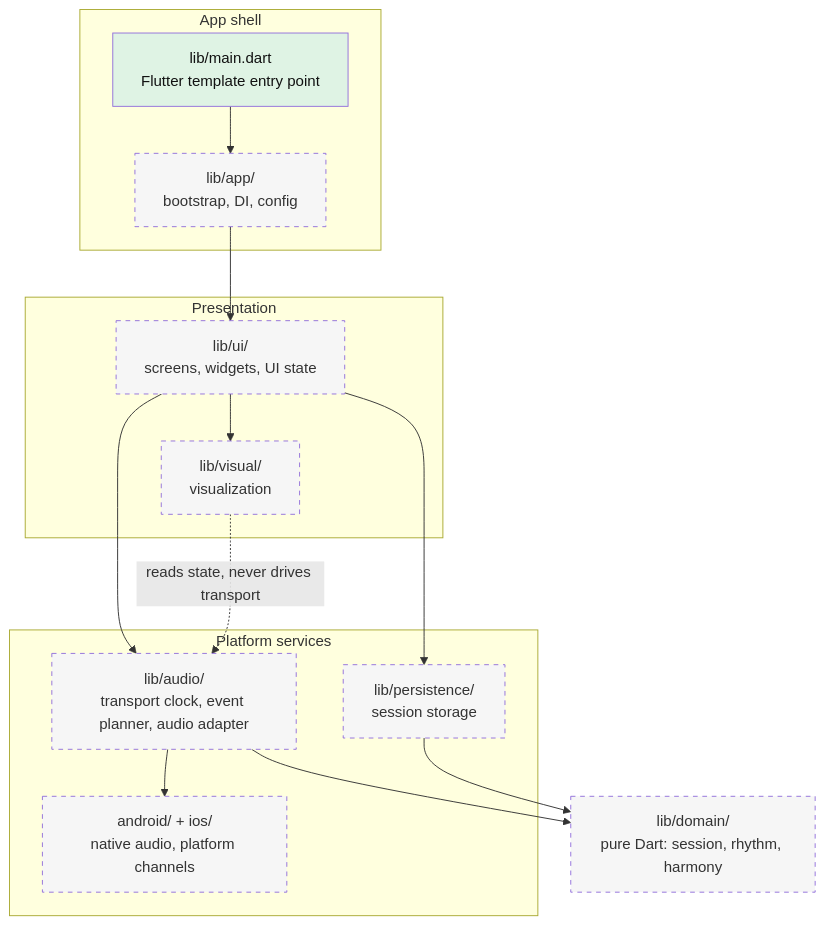
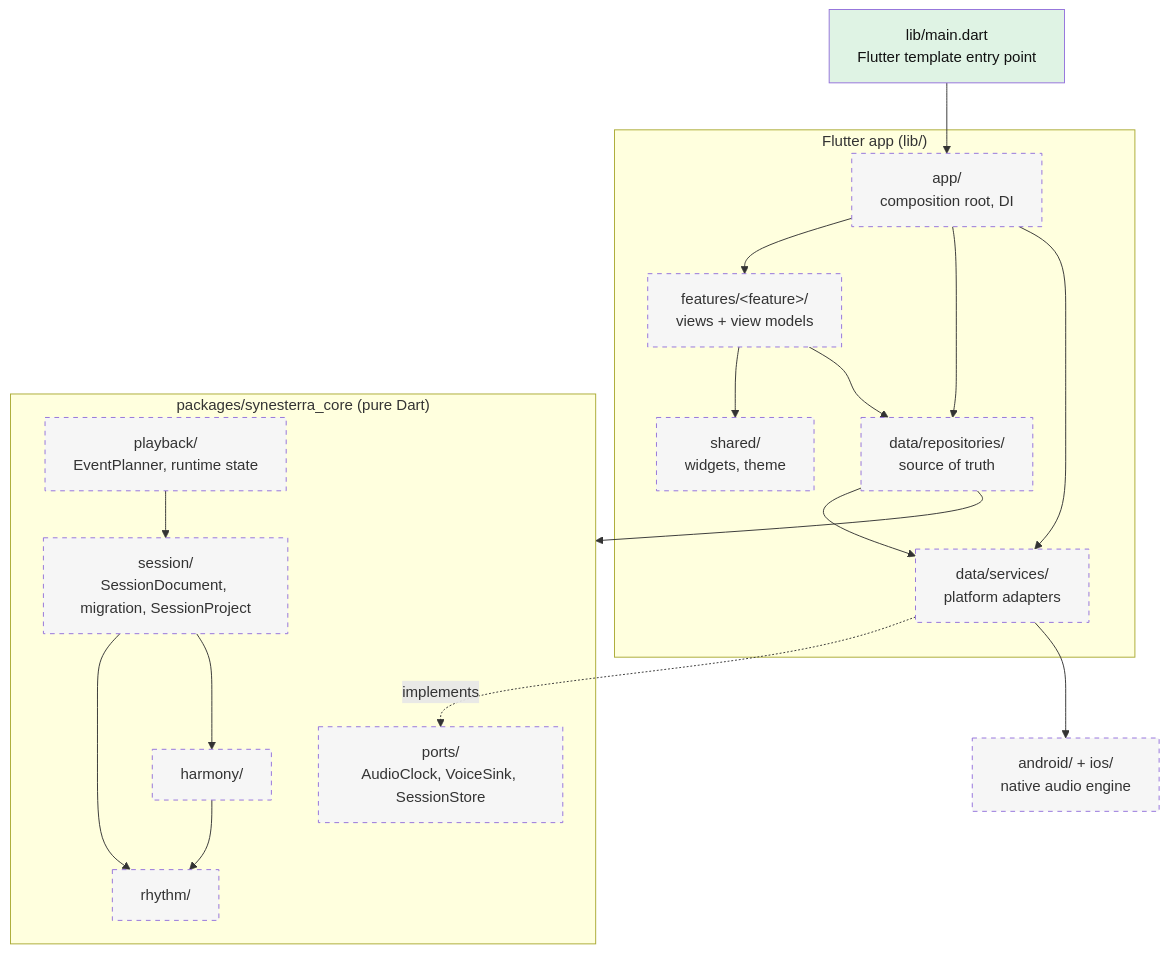
One commit to KornelSzyszka/synesterra-mobile changed the diagram in docs/architecture.md. Above: the diagram before and after it, drawn with Mermaid. The commit also changed other lines of this file and 2 other files, not shown here.

Commit message:
docs: propose ADR 0001, hybrid DDD-lite architecture
A pure Dart core package holds contexts, value objects, the deterministic
EventPlanner and the ports. The Flutter app uses MVVM grouped by feature,
and native audio sits behind adapters. Dependency rules R1-R8 are the
input for the architecture tests (#10). The architecture diagram follows
the proposed layout.

Closes #9

````diff
--- a/docs/architecture.md
+++ b/docs/architecture.md
@@ -5,32 +5,39 @@
 ```mermaid
 flowchart TD
-    subgraph app["App shell"]
-        main["lib/main.dart<br/>Flutter template entry point"]
-        boot["lib/app/<br/>bootstrap, DI, config"]
+    main["lib/main.dart<br/>Flutter template entry point"]
+    subgraph app["Flutter app (lib/)"]
+        root["app/<br/>composition root, DI"]
+        features["features/&lt;feature&gt;/<br/>views + view models"]
+        shared["shared/<br/>widgets, theme"]
+        repos["data/repositories/<br/>source of truth"]
+        services["data/services/<br/>platform adapters"]
     end
-    subgraph ui["Presentation"]
-        screens["lib/ui/<br/>screens, widgets, UI state"]
-        visual["lib/visual/<br/>visualization"]
+    subgraph core["packages/synesterra_core (pure Dart)"]
+        session["session/<br/>SessionDocument, migration, SessionProject"]
+        rhythm["rhythm/"]
+        harmony["harmony/"]
+        playback["playback/<br/>EventPlanner, runtime state"]
+        ports["ports/<br/>AudioClock, VoiceSink, SessionStore"]
     end
-    subgraph platform["Platform services"]
-        audio["lib/audio/<br/>transport clock, event planner, audio adapter"]
-        native["android/ + ios/<br/>native audio, platform channels"]
-        persist["lib/persistence/<br/>session storage"]
-    end
-    domain["lib/domain/<br/>pure Dart: session, rhythm, harmony"]
+    native["android/ + ios/<br/>native audio engine"]
 
-    main --> boot
-    boot --> screens
-    screens --> visual
-    screens --> audio
-    screens --> persist
-    audio --> native
-    audio --> domain
-    persist --> domain
-    visual -. "reads state, never drives transport" .-> audio
+    main --> root
+    root --> features
+    root --> repos
+    root --> services
+    features --> shared
+    features --> repos
+    repos --> services
+    repos --> core
+    services -. implements .-> ports
+    services --> native
+    harmony --> rhythm
+    session --> rhythm
+    session --> harmony
+    playback --> session
 
     classDef planned stroke-dasharray: 5 5,fill:#f6f6f6,color:#333
     classDef exists fill:#dff3e4,color:#111
     class main exists
-    class boot,screens,visual,audio,native,persist,domain planned
+    class root,features,shared,repos,services,session,rhythm,harmony,playback,ports,native planned
 ```
````
